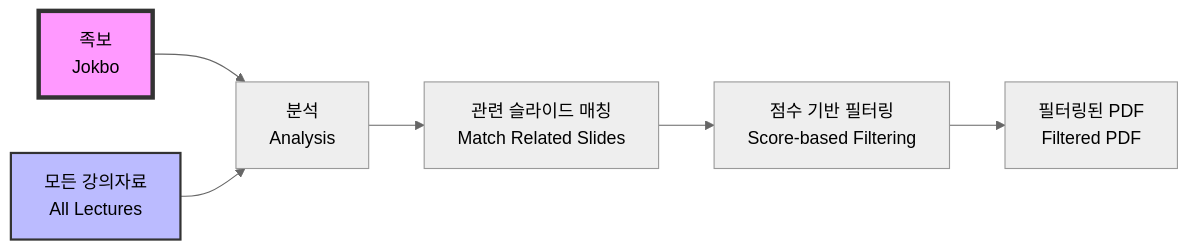
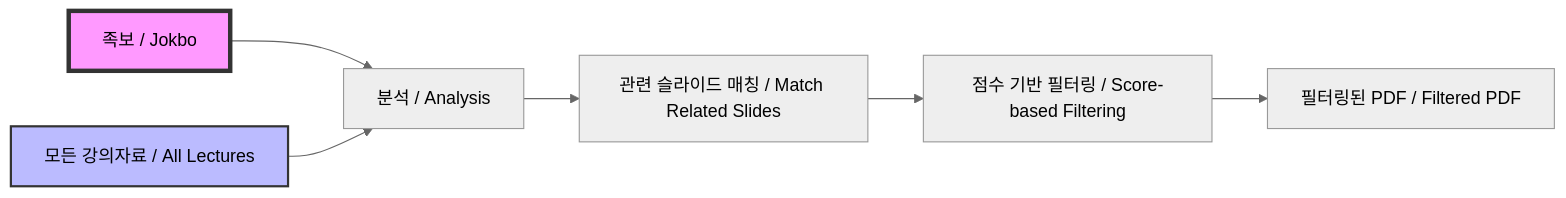
Diagram 22 of 39 in architecture.md (ksw6895/jokbodude), drawn with Mermaid (neutral theme) before and after one commit. The commit also changed other lines of this file, not shown here.

First line of the commit message:
fix: architecture.md Mermaid 다이어그램 파싱 오류 수정

````diff
--- a/architecture.md
+++ b/architecture.md
@@ -1203,11 +1203,11 @@
 ```mermaid
 graph LR
-    A[족보<br/>Jokbo] --> B[분석<br/>Analysis]
-    C[모든 강의자료<br/>All Lectures] --> B
-    B --> D[관련 슬라이드 매칭<br/>Match Related Slides]
-    D --> E[점수 기반 필터링<br/>Score-based Filtering]
-    E --> F[필터링된 PDF<br/>Filtered PDF]
+    A[족보 / Jokbo] --> B[분석 / Analysis]
+    C[모든 강의자료 / All Lectures] --> B
+    B --> D[관련 슬라이드 매칭 / Match Related Slides]
+    D --> E[점수 기반 필터링 / Score-based Filtering]
+    E --> F[필터링된 PDF / Filtered PDF]
     
     style A fill:#f9f,stroke:#333,stroke-width:4px
     style C fill:#bbf,stroke:#333,stroke-width:2px
 ```
````
